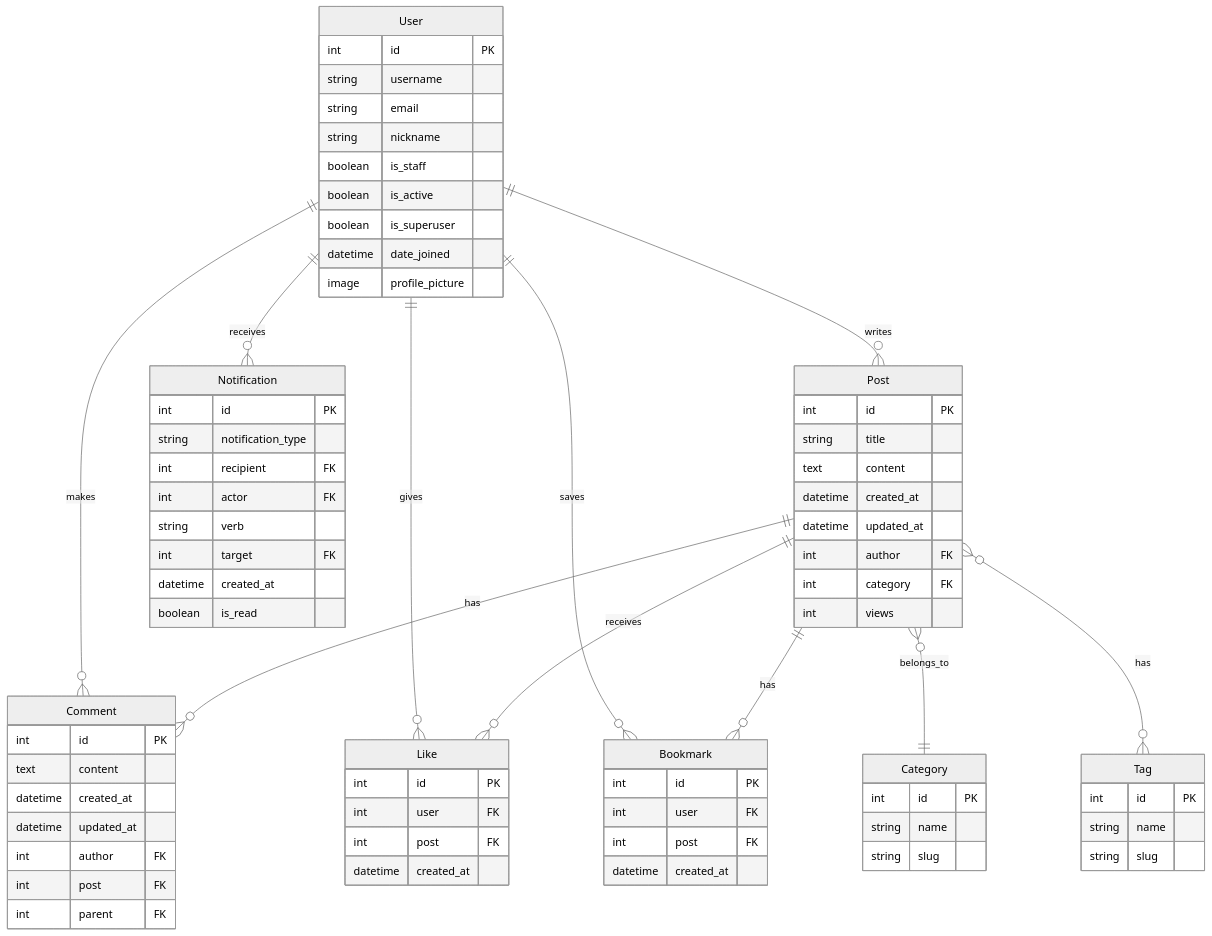
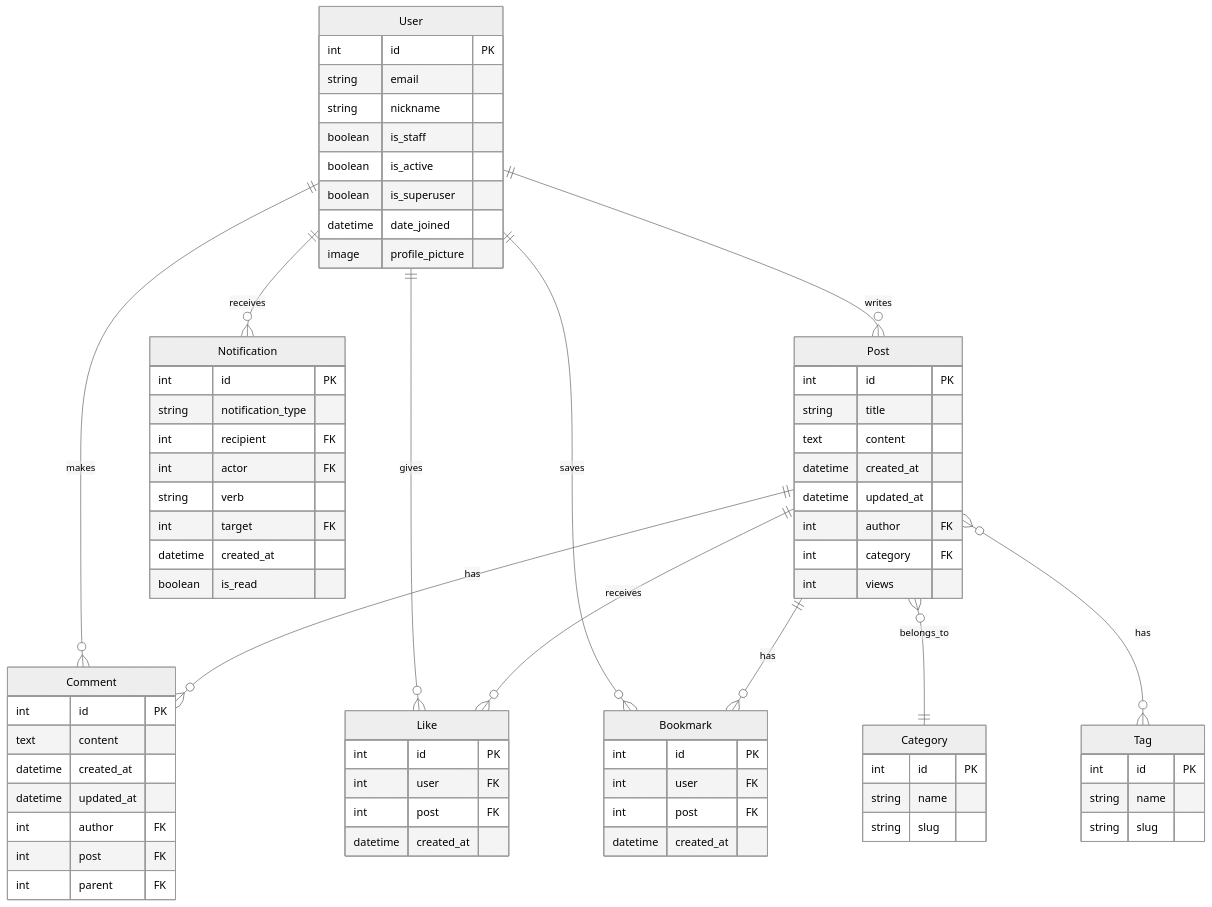
The second of 2 diagrams in README.md (Yoo117/Practice-Repository), drawn with Mermaid (neutral theme) before and after one commit.

Commit message:
README 업데이트

```diff
--- a/README.md
+++ b/README.md
@@ -113,7 +113,6 @@
 
     User {
         int id PK
-        string username
         string email
         string nickname
         boolean is_staff
```
